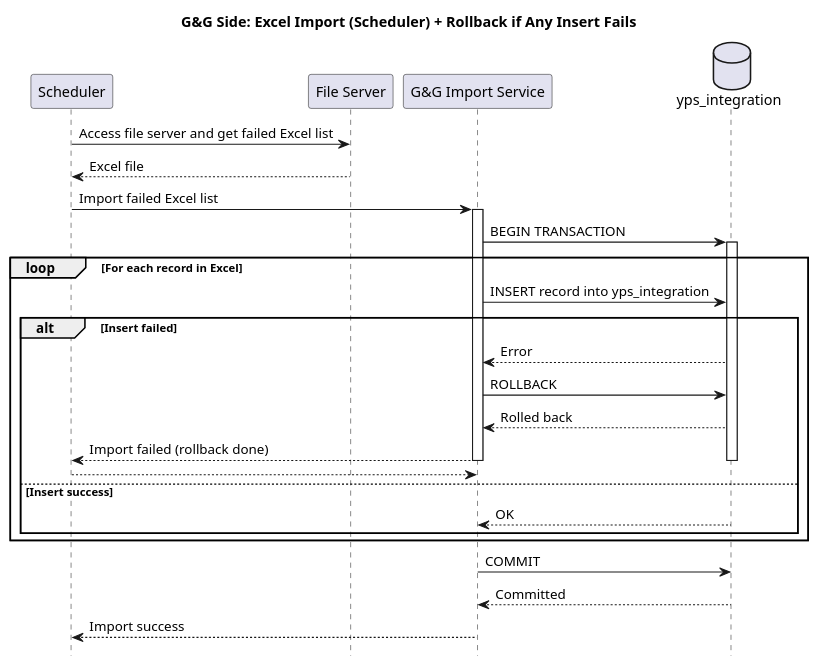
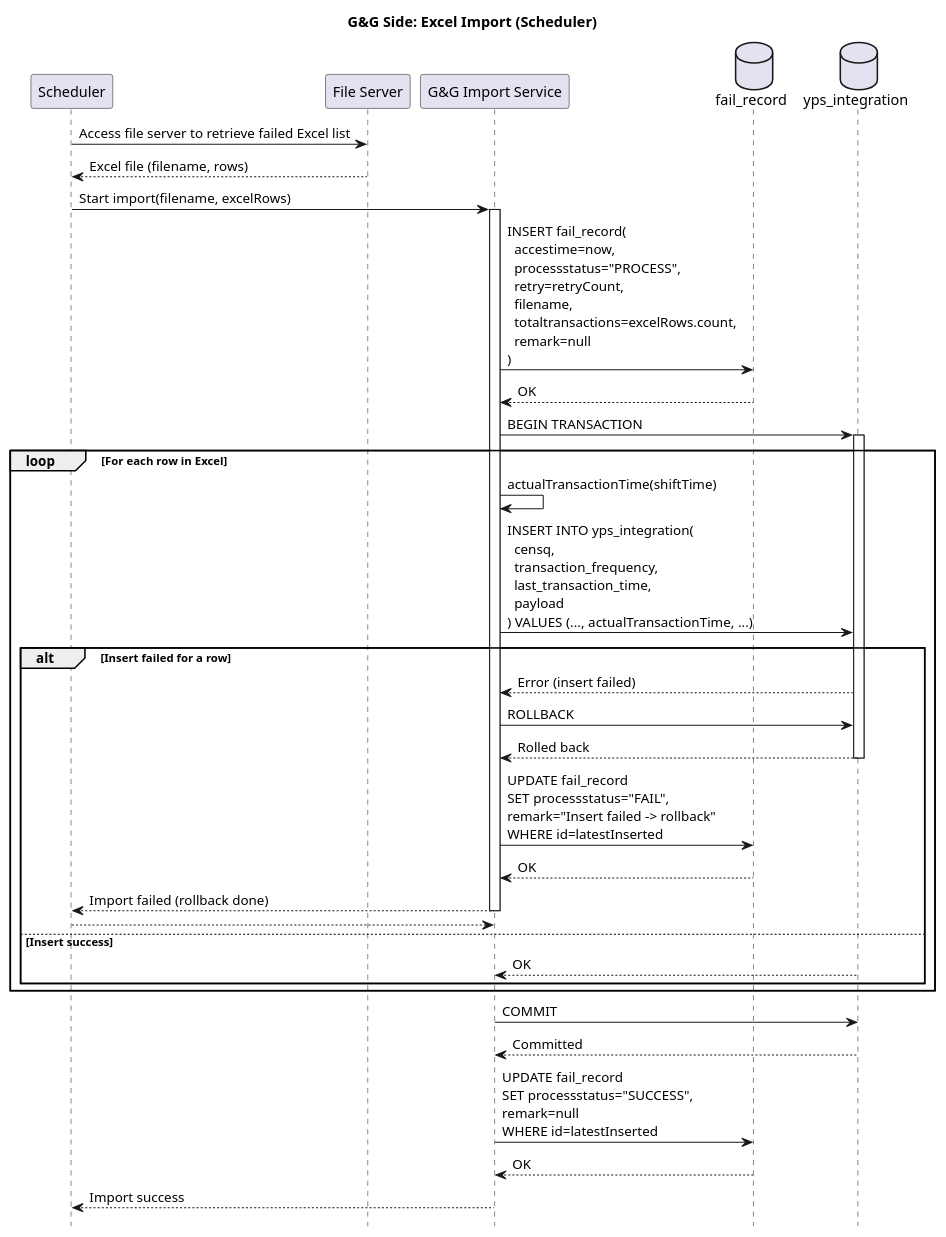
Before and after one commit to phyothuhan26/MySolutions: the diagram in GandG_YPS_DataLost/SequenceDiagram/YPS_ExcelImport.puml, drawn with PlantUML. The commit also changed other lines of this file and 8 other files, not shown here.

```diff
--- a/GandG_YPS_DataLost/SequenceDiagram/YPS_ExcelImport.puml
+++ b/GandG_YPS_DataLost/SequenceDiagram/YPS_ExcelImport.puml
@@ -1,38 +1,56 @@
 @startuml
-title G&G Side: Excel Import (Scheduler) + Rollback if Any Insert Fails
+title G&G Side: Excel Import (Scheduler)
 hide footbox
+
 participant "Scheduler" as SCH
 participant "File Server" as FS
 participant "G&G Import Service" as IMP
-database "yps_integration" as DB
+database "fail_record" as FDB
+database "yps_integration" as YPSDB
 
-SCH -> FS: Access file server and get failed Excel list
-FS --> SCH: Excel file
-SCH -> IMP: Import failed Excel list
+SCH -> FS: Access file server to retrieve failed Excel list
+FS --> SCH: Excel file (filename, rows)
+
+SCH -> IMP: Start import(filename, excelRows)
 
 activate IMP
-IMP -> DB: BEGIN TRANSACTION
-activate DB
 
-loop For each record in Excel
-  IMP -> DB: INSERT record into yps_integration
-  alt Insert failed
-    DB --> IMP: Error
-    IMP -> DB: ROLLBACK
-    DB --> IMP: Rolled back
+' (e) Every access must insert a record into fail_record
+IMP -> FDB: INSERT fail_record(\n  accestime=now,\n  processstatus="PROCESS",\n  retry=retryCount,\n  filename,\n  totaltransactions=excelRows.count,\n  remark=null\n)
+FDB --> IMP: OK
+
+IMP -> YPSDB: BEGIN TRANSACTION
+activate YPSDB
+
+loop For each row in Excel
+  IMP -> IMP: actualTransactionTime(shiftTime)
+
+  IMP -> YPSDB: INSERT INTO yps_integration(\n  censq,\n  transaction_frequency,\n  last_transaction_time,\n  payload\n) VALUES (..., actualTransactionTime, ...)
+  alt Insert failed for a row
+    YPSDB --> IMP: Error (insert failed)
+
+    IMP -> YPSDB: ROLLBACK
+    YPSDB --> IMP: Rolled back
+    deactivate YPSDB
+
+    IMP -> FDB: UPDATE fail_record\nSET processstatus="FAIL",\nremark="Insert failed -> rollback"\nWHERE id=latestInserted
+    FDB --> IMP: OK
+
     IMP --> SCH: Import failed (rollback done)
-    deactivate DB
     deactivate IMP
     return
   else Insert success
-    DB --> IMP: OK
+    YPSDB --> IMP: OK
   end
 end
 
-IMP -> DB: COMMIT
-DB --> IMP: Committed
-deactivate DB
+IMP -> YPSDB: COMMIT
+YPSDB --> IMP: Committed
+deactivate YPSDB
+
+IMP -> FDB: UPDATE fail_record\nSET processstatus="SUCCESS",\nremark=null\nWHERE id=latestInserted
+FDB --> IMP: OK
 
 IMP --> SCH: Import success
 deactivate IMP
 @enduml
```
